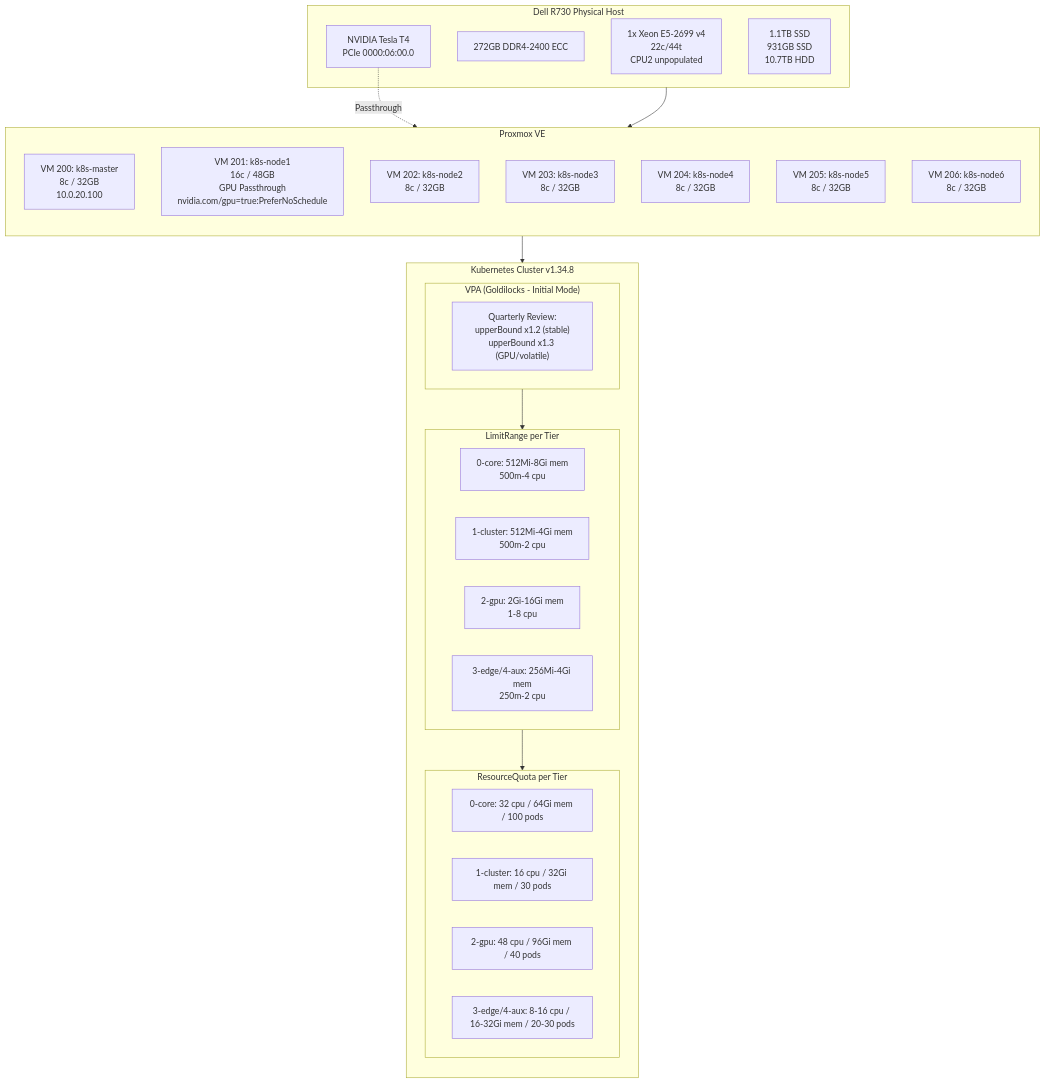
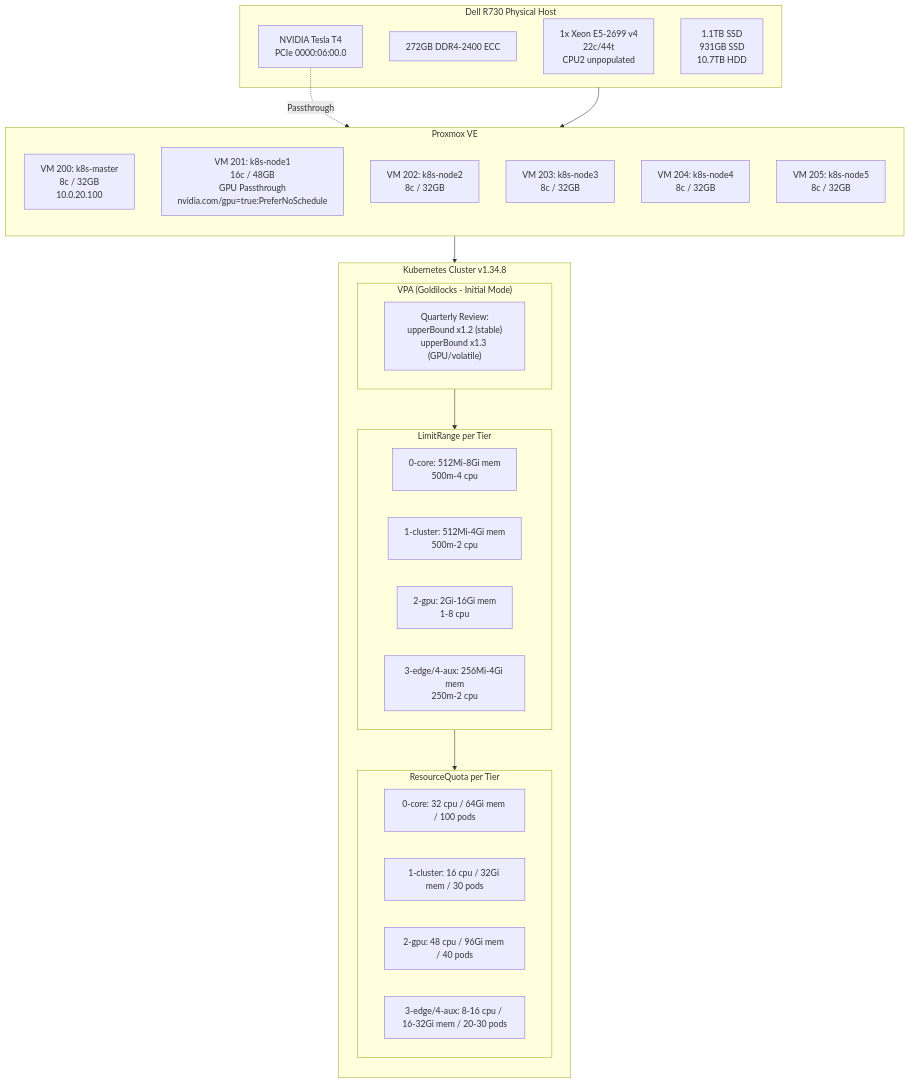
The diagram in docs/architecture/compute.md (ViktorBarzin/infra), drawn with Mermaid before and after one commit. The commit also changed other lines of this file and 3 other files, not shown here.

````diff
--- a/docs/architecture/compute.md
+++ b/docs/architecture/compute.md
@@ -9,48 +9,47 @@
 ```mermaid
 graph TB
     subgraph Physical["Dell R730 Physical Host"]
         CPU["1x Xeon E5-2699 v4<br/>22c/44t<br/>CPU2 unpopulated"]
         RAM["272GB DDR4-2400 ECC"]
         GPU["NVIDIA Tesla T4<br/>PCIe 0000:06:00.0"]
         DISK["1.1TB SSD<br/>931GB SSD<br/>10.7TB HDD"]
     end
 
     subgraph Proxmox["Proxmox VE"]
         direction TB
         MASTER["VM 200: k8s-master<br/>8c / 32GB<br/>10.0.20.100"]
         NODE1["VM 201: k8s-node1<br/>16c / 48GB<br/>GPU Passthrough<br/>nvidia.com/gpu=true:PreferNoSchedule"]
         NODE2["VM 202: k8s-node2<br/>8c / 32GB"]
         NODE3["VM 203: k8s-node3<br/>8c / 32GB"]
         NODE4["VM 204: k8s-node4<br/>8c / 32GB"]
         NODE5["VM 205: k8s-node5<br/>8c / 32GB"]
-        NODE6["VM 206: k8s-node6<br/>8c / 32GB"]
     end
 
     subgraph K8s["Kubernetes Cluster v1.34.8"]
         direction TB
 
         subgraph VPA["VPA (Goldilocks - Initial Mode)"]
             RECOMMEND["Quarterly Review:<br/>upperBound x1.2 (stable)<br/>upperBound x1.3 (GPU/volatile)"]
         end
 
         subgraph LimitRange["LimitRange per Tier"]
             TIER0_LR["0-core: 512Mi-8Gi mem<br/>500m-4 cpu"]
             TIER1_LR["1-cluster: 512Mi-4Gi mem<br/>500m-2 cpu"]
             TIER2_LR["2-gpu: 2Gi-16Gi mem<br/>1-8 cpu"]
             TIER34_LR["3-edge/4-aux: 256Mi-4Gi mem<br/>250m-2 cpu"]
         end
 
         subgraph ResourceQuota["ResourceQuota per Tier"]
             TIER0_RQ["0-core: 32 cpu / 64Gi mem / 100 pods"]
             TIER1_RQ["1-cluster: 16 cpu / 32Gi mem / 30 pods"]
             TIER2_RQ["2-gpu: 48 cpu / 96Gi mem / 40 pods"]
             TIER34_RQ["3-edge/4-aux: 8-16 cpu / 16-32Gi mem / 20-30 pods"]
         end
     end
 
     Physical --> Proxmox
     GPU -.->|Passthrough| NODE1
     Proxmox --> K8s
     VPA --> LimitRange
     LimitRange --> ResourceQuota
 ```
````
